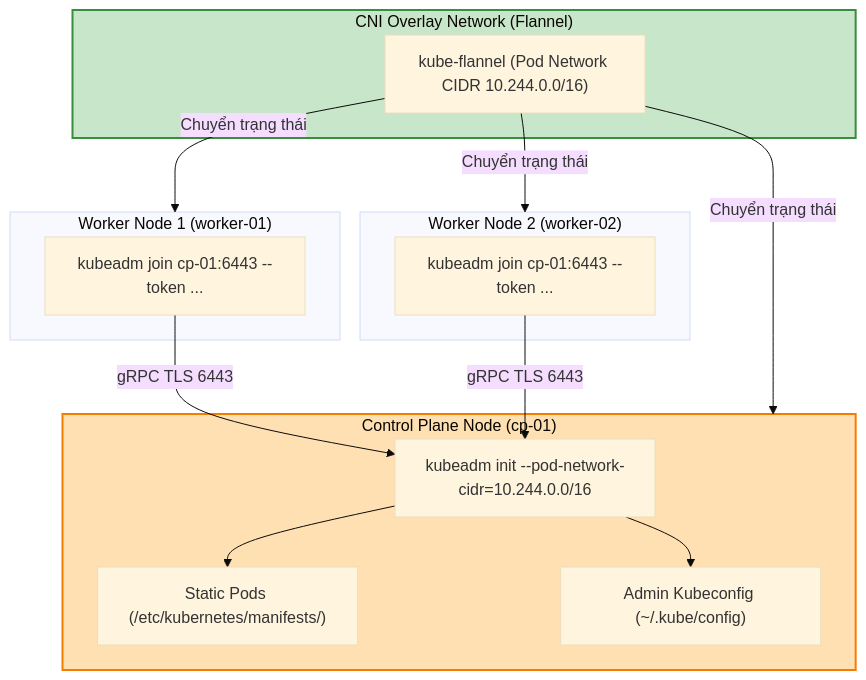
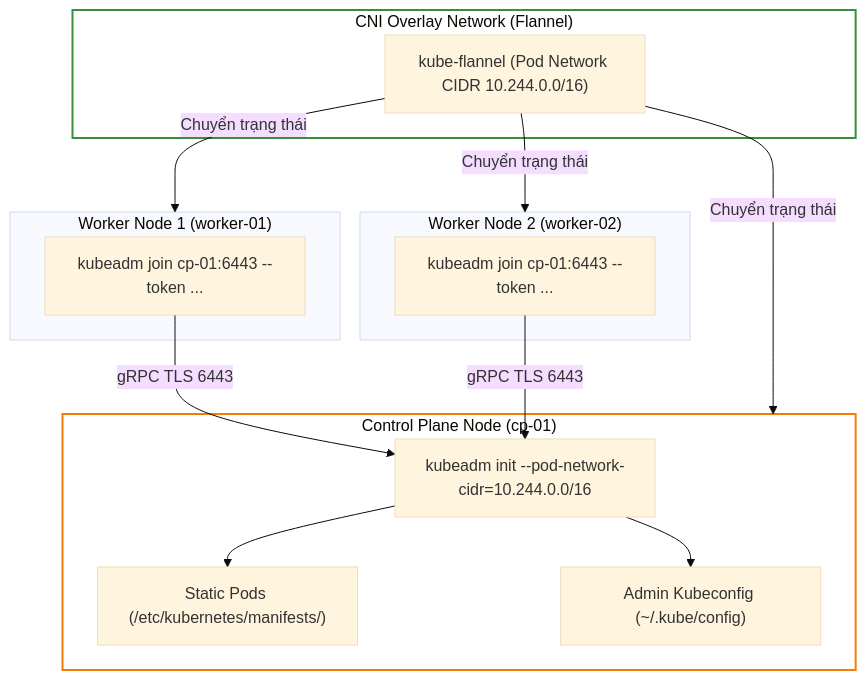
One commit to kiennt308/ntk changed the third of 3 diagrams in _posts/2026-09-12-cka-06-06-kubeadm-dung-cum-tu-so-0.md. Above: the diagram before and after it, drawn with Mermaid (base theme). The commit also changed other lines of this file and 207 other files, not shown here.

Commit message:
feat(posts): batch standardize all 208 posts with TL;DR, qa-card accordion, fill:none mermaid, and liquid raw wrappers

````diff
--- a/_posts/2026-09-12-cka-06-06-kubeadm-dung-cum-tu-so-0.md
+++ b/_posts/2026-09-12-cka-06-06-kubeadm-dung-cum-tu-so-0.md
@@ -484,31 +488,31 @@
 ```mermaid
 graph TD
     subgraph Control_Plane_Node ["Control Plane Node (cp-01)"]
         INIT["kubeadm init --pod-network-cidr=10.244.0.0/16"]
         MANIFESTS["Static Pods (/etc/kubernetes/manifests/)"]
         CONF["Admin Kubeconfig (~/.kube/config)"]
     end
 
     subgraph Worker_Node_1 ["Worker Node 1 (worker-01)"]
         JOIN1["kubeadm join cp-01:6443 --token ..."]
     end
 
     subgraph Worker_Node_2 ["Worker Node 2 (worker-02)"]
         JOIN2["kubeadm join cp-01:6443 --token ..."]
     end
 
     subgraph CNI_Layer ["CNI Overlay Network (Flannel)"]
         FLANNEL["kube-flannel (Pod Network CIDR 10.244.0.0/16)"]
     end
 
     INIT --> MANIFESTS
     INIT --> CONF
     JOIN1 -->|gRPC TLS 6443| INIT
     JOIN2 -->|gRPC TLS 6443| INIT
     FLANNEL -->|Chuyển trạng thái| Control_Plane_Node
     FLANNEL -->|Chuyển trạng thái| Worker_Node_1
     FLANNEL -->|Chuyển trạng thái| Worker_Node_2
 
-    style Control_Plane_Node fill:#ffe0b2,stroke:#f57c00,stroke-width:2px
-    style CNI_Layer fill:#c8e6c9,stroke:#388e3c,stroke-width:2px
+    style Control_Plane_Node fill:none,stroke:#f57c00,stroke-width:2px
+    style CNI_Layer fill:none,stroke:#388e3c,stroke-width:2px
 ```
````
